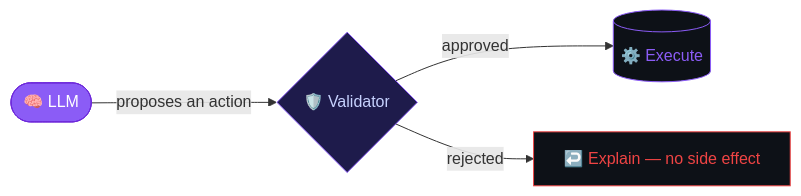
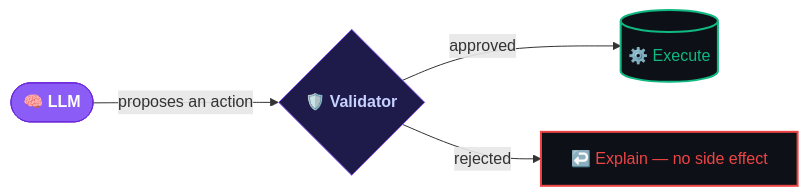
One commit to MuhammadBilal561/MuhammadBilal561 changed the first of 3 diagrams in README.md. Above: the diagram before and after it, drawn with Mermaid.

````diff
--- a/README.md
+++ b/README.md
@@ -20,11 +20,11 @@
 ```mermaid
 flowchart LR
     A(["🧠 LLM"]):::model -->|proposes an action| B{"🛡️ Validator"}:::validator
     B -->|approved| C[("⚙️ Execute")]:::go
     B -->|rejected| D["↩️ Explain — no side effect"]:::stop
 
-    classDef model fill:#8B5CF6,stroke:#6D28D9,color:#fff
-    classDef validator fill:#1E1B4B,stroke:#8B5CF6,color:#C7D2FE
-    classDef go fill:#0D1117,stroke:#8B5CF6,color:#8B5CF6
-    classDef stop fill:#0D1117,stroke:#EF4444,color:#EF4444
+    classDef model fill:#8B5CF6,stroke:#6D28D9,color:#fff,font-weight:bold;
+    classDef validator fill:#1E1B4B,stroke:#8B5CF6,color:#C7D2FE,font-weight:bold;
+    classDef go fill:#0D1117,stroke:#10B981,color:#10B981,stroke-width:2px;
+    classDef stop fill:#0D1117,stroke:#EF4444,color:#EF4444,stroke-width:2px;
 ```
````
